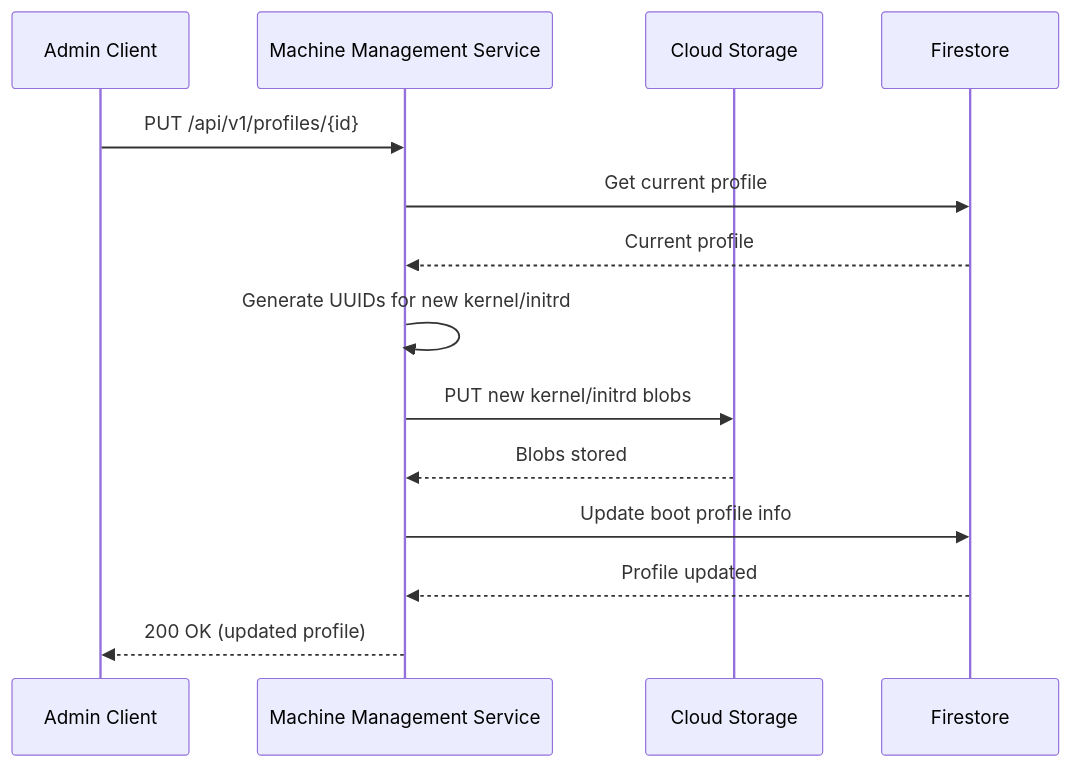
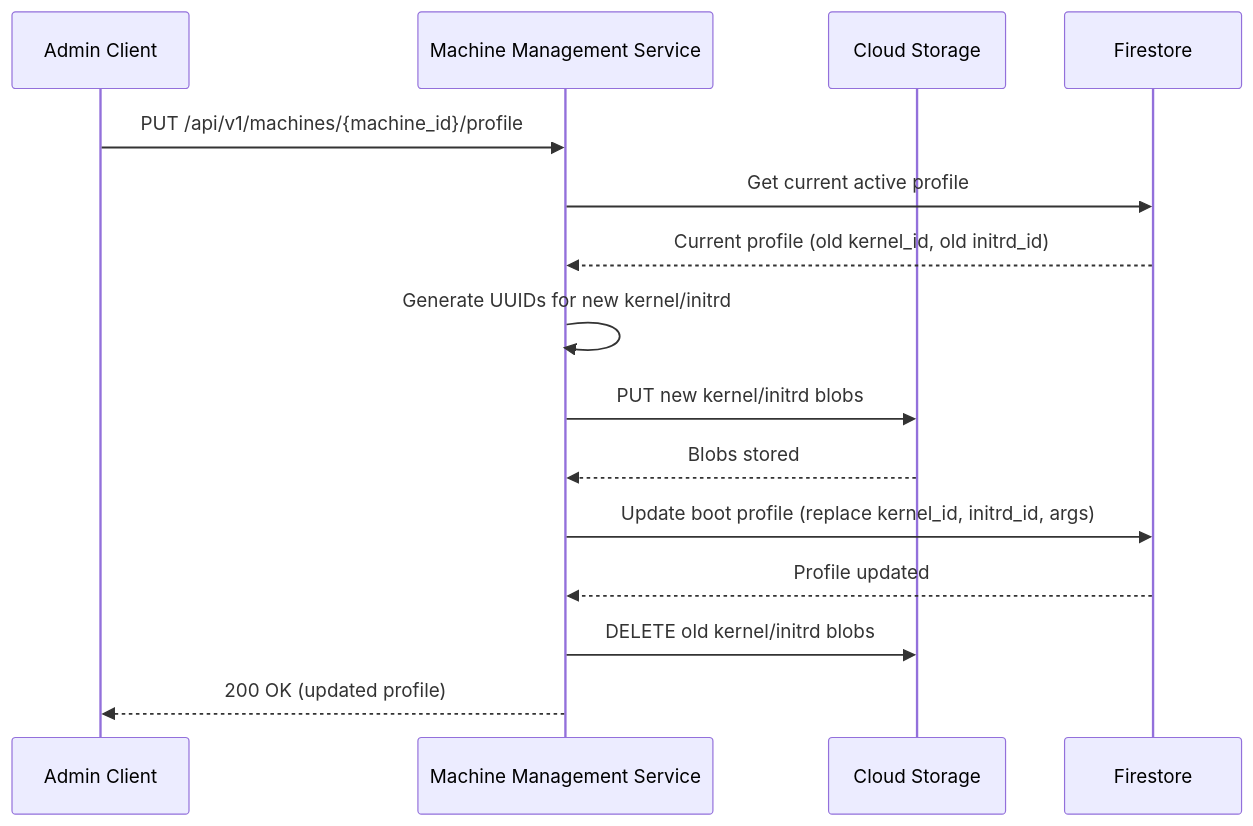
Before and after one commit to Zaba505/infra: the fifth of 11 diagrams in docs/content/r&d/services/machine-mgmt/api.md, drawn with Mermaid. The commit also changed other lines of this file and 1 other file, not shown here.

````diff
--- a/docs/content/r&d/services/machine-mgmt/api.md
+++ b/docs/content/r&d/services/machine-mgmt/api.md
@@ -336,17 +286,18 @@
 ```mermaid
 sequenceDiagram
     participant Client as Admin Client
     participant API as Machine Management Service
     participant Storage as Cloud Storage
     participant DB as Firestore
     
-    Client->>API: PUT /api/v1/profiles/{id}
-    API->>DB: Get current profile
-    DB-->>API: Current profile
+    Client->>API: PUT /api/v1/machines/{machine_id}/profile
+    API->>DB: Get current active profile
+    DB-->>API: Current profile (old kernel_id, old initrd_id)
     API->>API: Generate UUIDs for new kernel/initrd
     API->>Storage: PUT new kernel/initrd blobs
     Storage-->>API: Blobs stored
-    API->>DB: Update boot profile info
+    API->>DB: Update boot profile (replace kernel_id, initrd_id, args)
     DB-->>API: Profile updated
+    API->>Storage: DELETE old kernel/initrd blobs
     API-->>Client: 200 OK (updated profile)
 ```
````
